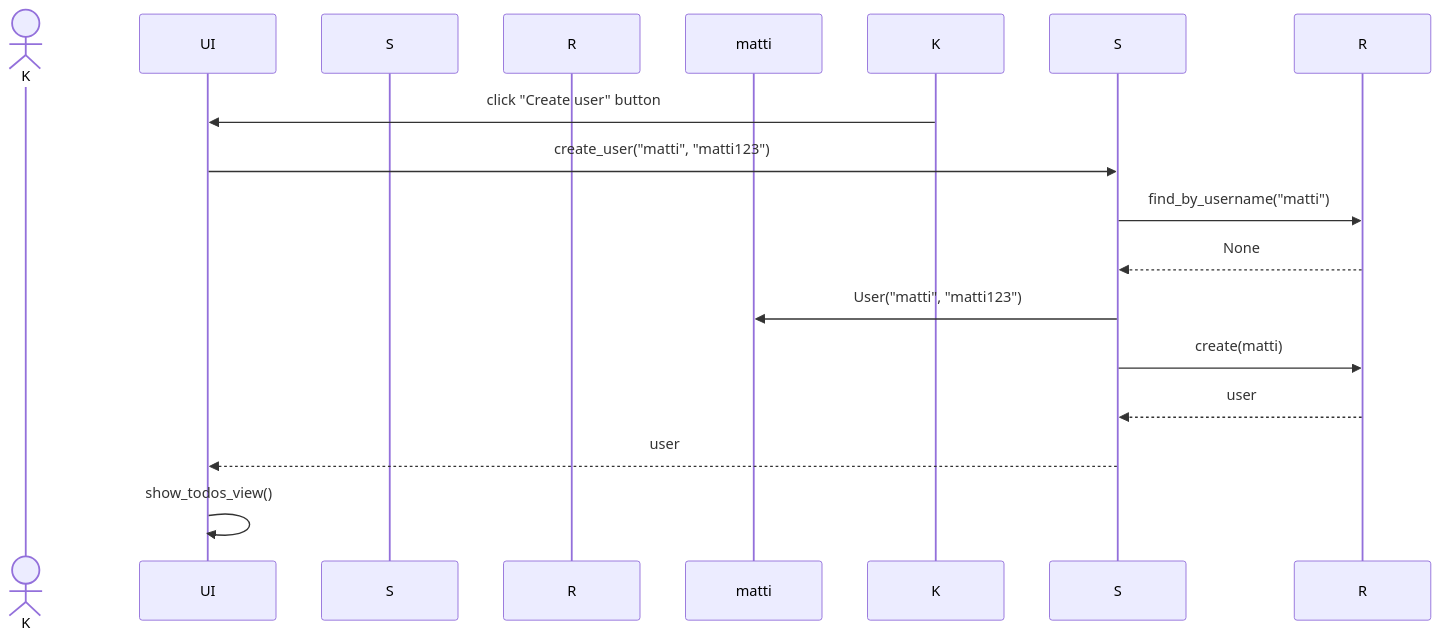
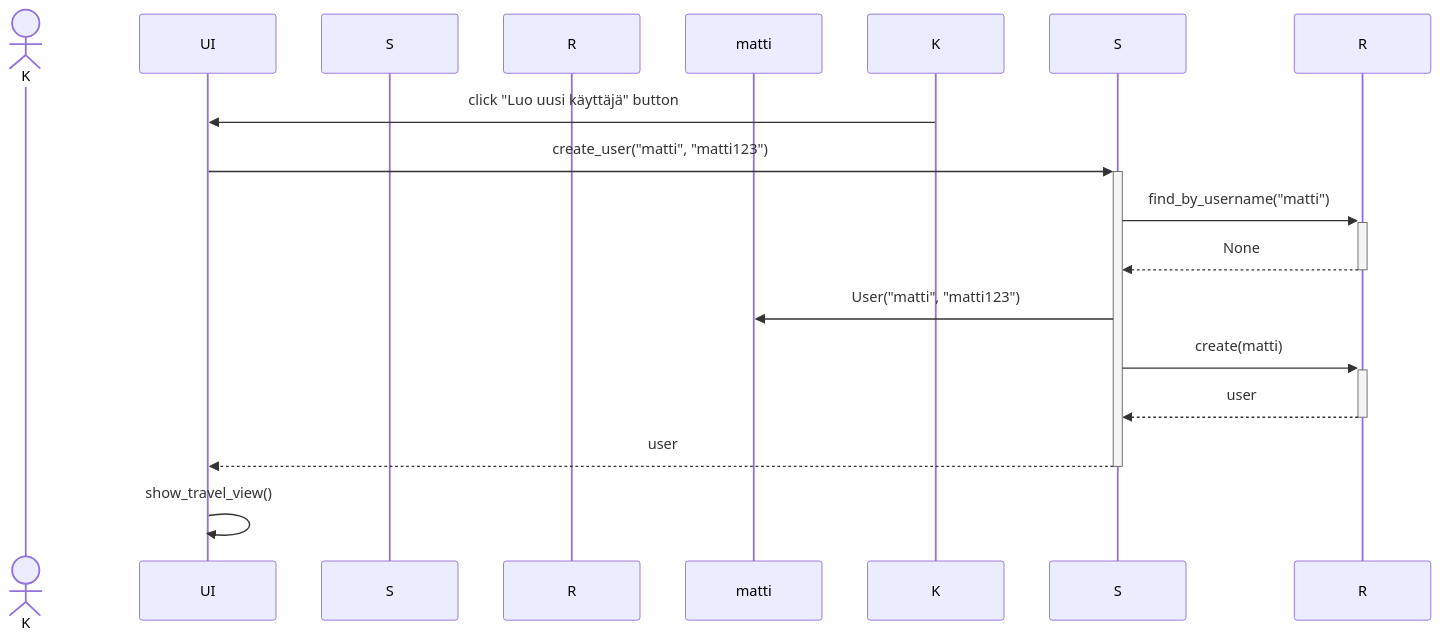
The second of 3 diagrams in travel-expense-calculator-app/dokumentaatio/arkkitehtuuri.md (phuvio/ot-harjoitustyo), drawn with Mermaid before and after one commit.

````diff
--- a/travel-expense-calculator-app/dokumentaatio/arkkitehtuuri.md
+++ b/travel-expense-calculator-app/dokumentaatio/arkkitehtuuri.md
@@ -47,17 +47,17 @@
 ```mermaid
 sequenceDiagram
   actor Käyttäjä as K
   participant UI
   participant UserService as S
   participant UserRepository as R
   participant matti
-  K->>UI: click "Create user" button
-  UI->>S: create_user("matti", "matti123")
-  S->>R: find_by_username("matti")
-  R-->>S: None
+  K->>UI: click "Luo uusi käyttäjä" button
+  UI->>+S: create_user("matti", "matti123")
+  S->>+R: find_by_username("matti")
+  R-->>-S: None
   S->>matti: User("matti", "matti123")
-  S->>R: create(matti)
-  R-->> S: user
-  S-->>UI: user
-  UI->>UI: show_todos_view()
+  S->>+R: create(matti)
+  R-->> -S: user
+  S-->>-UI: user
+  UI->>UI: show_travel_view()
 ```
````
